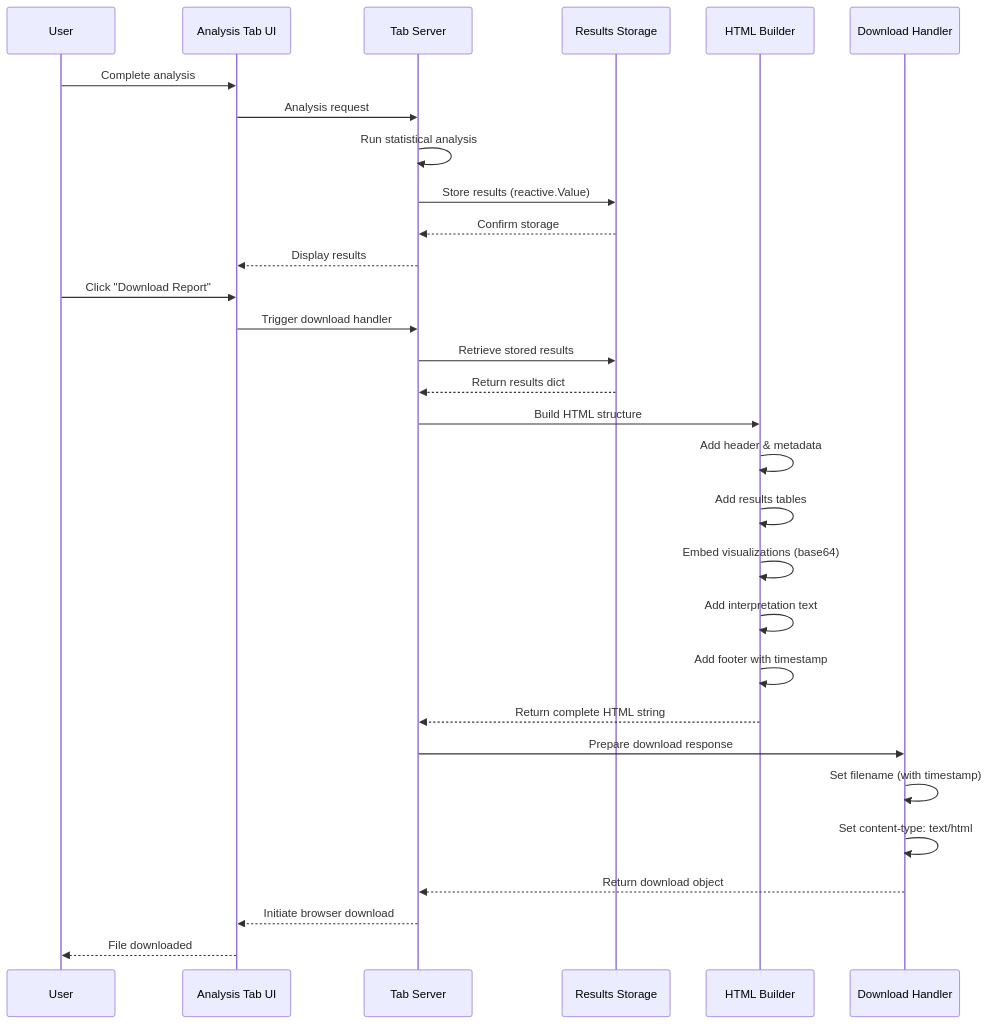
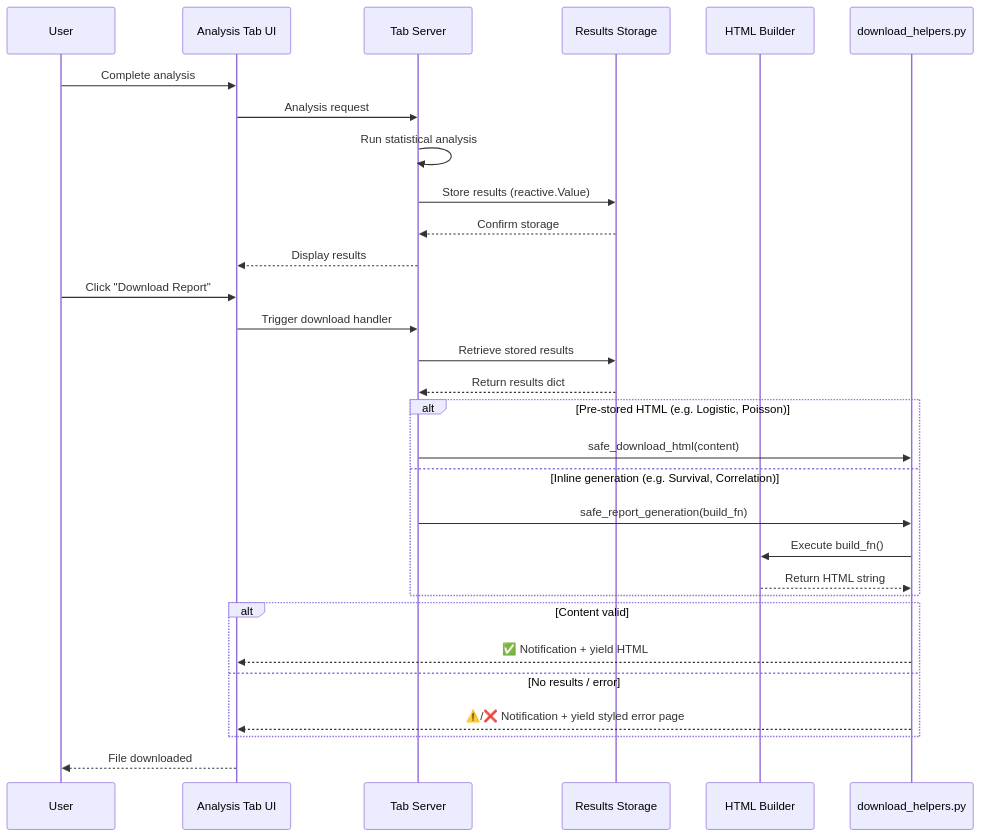
One commit to NTWKKM/stat-shiny changed the sixth of 7 diagrams in docs/ARCHITECTURE.md. Above: the diagram before and after it, drawn with Mermaid. The commit also changed other lines of this file and 1 other file, not shown here.

Commit message:
docs: add download_helpers.py to ARCHITECTURE.md and README.md
- Update Report Generation mermaid diagram with download safety flow
- Add download_helpers.py to utility reference and AI agent guidance
- Add new files to README repository tree
- Document download safety layer in data pipeline section

````diff
--- a/docs/ARCHITECTURE.md
+++ b/docs/ARCHITECTURE.md
@@ -206,36 +206,37 @@
 ```mermaid
 sequenceDiagram
     participant User
     participant UI as Analysis Tab UI
     participant Server as Tab Server
     participant Results as Results Storage
     participant HTML as HTML Builder
-    participant Download as Download Handler
+    participant DL as download_helpers.py
     
     User->>UI: Complete analysis
     UI->>Server: Analysis request
     Server->>Server: Run statistical analysis
     Server->>Results: Store results (reactive.Value)
     Results-->>Server: Confirm storage
     Server-->>UI: Display results
     
     User->>UI: Click "Download Report"
     UI->>Server: Trigger download handler
     Server->>Results: Retrieve stored results
     Results-->>Server: Return results dict
     
-    Server->>HTML: Build HTML structure
-    HTML->>HTML: Add header & metadata
-    HTML->>HTML: Add results tables
-    HTML->>HTML: Embed visualizations (base64)
-    HTML->>HTML: Add interpretation text
-    HTML->>HTML: Add footer with timestamp
-    HTML-->>Server: Return complete HTML string
+    alt Pre-stored HTML (e.g. Logistic, Poisson)
+        Server->>DL: safe_download_html(content)
+    else Inline generation (e.g. Survival, Correlation)
+        Server->>DL: safe_report_generation(build_fn)
+        DL->>HTML: Execute build_fn()
+        HTML-->>DL: Return HTML string
+    end
     
-    Server->>Download: Prepare download response
-    Download->>Download: Set filename (with timestamp)
-    Download->>Download: Set content-type: text/html
-    Download-->>Server: Return download object
-    Server-->>UI: Initiate browser download
+    alt Content valid
+        DL-->>UI: ✅ Notification + yield HTML
+    else No results / error
+        DL-->>UI: ⚠️/❌ Notification + yield styled error page
+    end
+    
     UI-->>User: File downloaded
 ```
````
